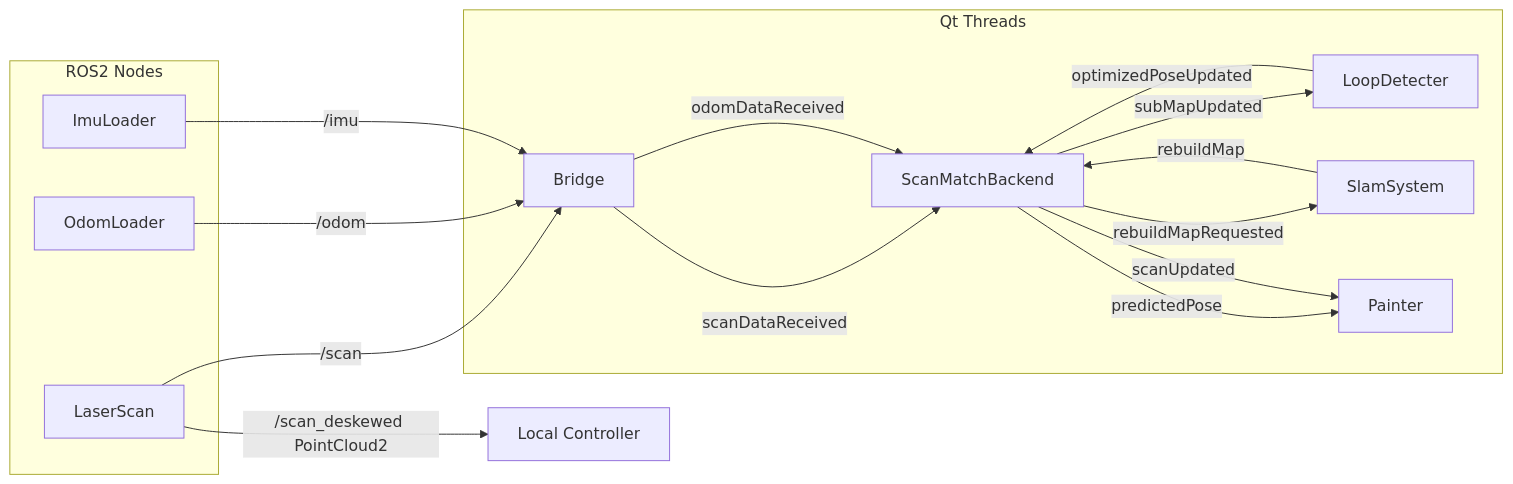
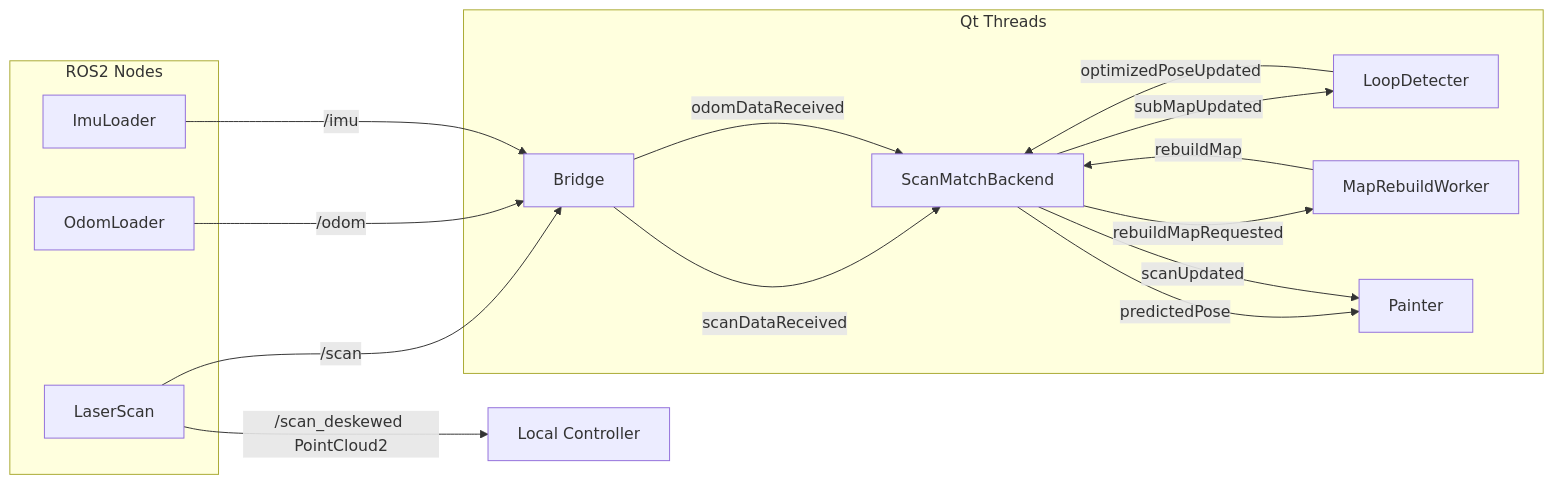
The first of 4 diagrams in cpp_2d_slam/README.md (Inkiiee/cpp-2d-navigation-stack), drawn with Mermaid before and after one commit. The commit also changed other lines of this file and 15 other files, not shown here.

````diff
--- a/cpp_2d_slam/README.md
+++ b/cpp_2d_slam/README.md
@@ -70,32 +70,32 @@
 ```mermaid
 graph LR
     subgraph ROS2 Nodes
         LS[LaserScan]
         OL[OdomLoader]
         IL[ImuLoader]
     end
 
     subgraph Qt Threads
         B[Bridge]
         SMB[ScanMatchBackend]
         LD[LoopDetecter]
-        SS[SlamSystem]
+        MR[MapRebuildWorker]
         P[Painter]
     end
 
     LS -- /scan --> B
     LS -- /scan_deskewed PointCloud2 --> LC[Local Controller]
     OL -- /odom --> B
     IL -- /imu --> B
 
     B -- scanDataReceived --> SMB
     B -- odomDataReceived --> SMB
 
     SMB -- predictedPose --> P
     SMB -- scanUpdated --> P
     SMB -- subMapUpdated --> LD
-    SMB -- rebuildMapRequested --> SS
+    SMB -- rebuildMapRequested --> MR
 
     LD -- optimizedPoseUpdated --> SMB
-    SS -- rebuildMap --> SMB
+    MR -- rebuildMap --> SMB
 ```
````
